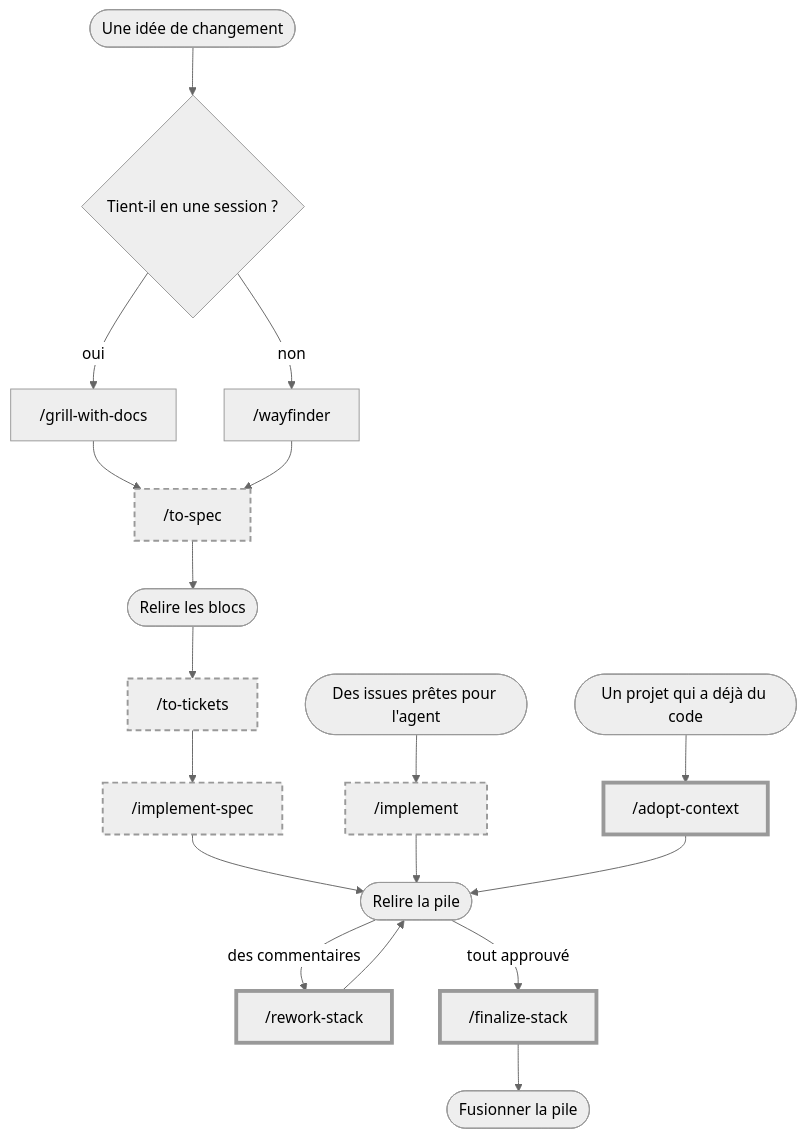
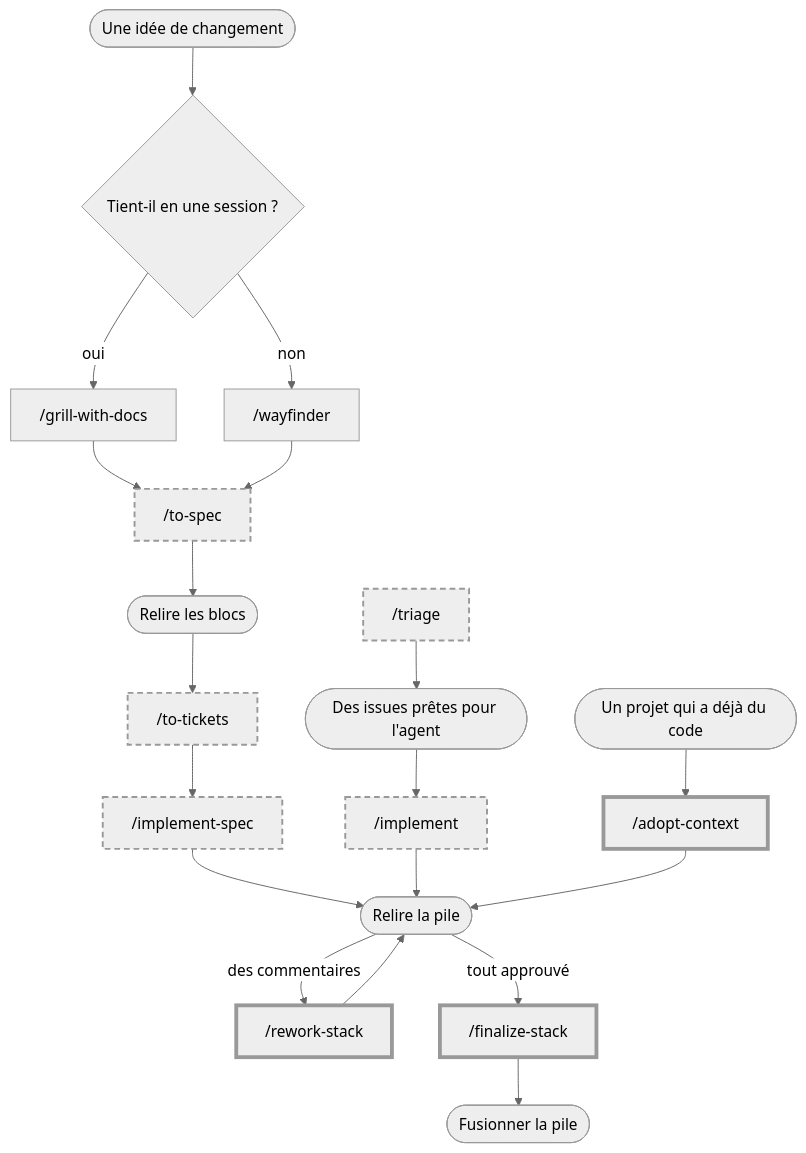
Before and after one commit to charlouze/charlouze-skills: the diagram in README.md, drawn with Mermaid (neutral theme). The commit also changed other lines of this file and 3 other files, not shown here.

````diff
--- a/README.md
+++ b/README.md
@@ -7,25 +7,26 @@
 ```mermaid
 flowchart TD
     idee(["Une idée de changement"]) --> taille{"Tient-il en une session ?"}
     taille -- oui --> grill["/grill-with-docs"]
     taille -- non --> wayfinder["/wayfinder"]
     grill --> spec["/to-spec"]
     wayfinder --> spec
     spec --> blocs(["Relire les blocs"])
     blocs --> tickets["/to-tickets"]
     tickets --> enchainement["/implement-spec"]
     enchainement --> relecture(["Relire la pile"])
-    issues(["Des issues prêtes pour l'agent"]) --> implement["/implement"]
+    triage["/triage"] --> issues(["Des issues prêtes pour l'agent"])
+    issues --> implement["/implement"]
     implement --> relecture
     existant(["Un projet qui a déjà du code"]) --> adoption["/adopt-context"]
     adoption --> relecture
     relecture -- "des commentaires" --> reprise["/rework-stack"]
     reprise --> relecture
     relecture -- "tout approuvé" --> finalisation["/finalize-stack"]
     finalisation --> fusion(["Fusionner la pile"])
 
     classDef completee stroke-dasharray:6 4,stroke-width:2px
     classDef ajoutee stroke-width:4px
-    class spec,tickets,enchainement,implement completee
+    class spec,tickets,enchainement,triage,implement completee
     class adoption,reprise,finalisation ajoutee
 ```
````
